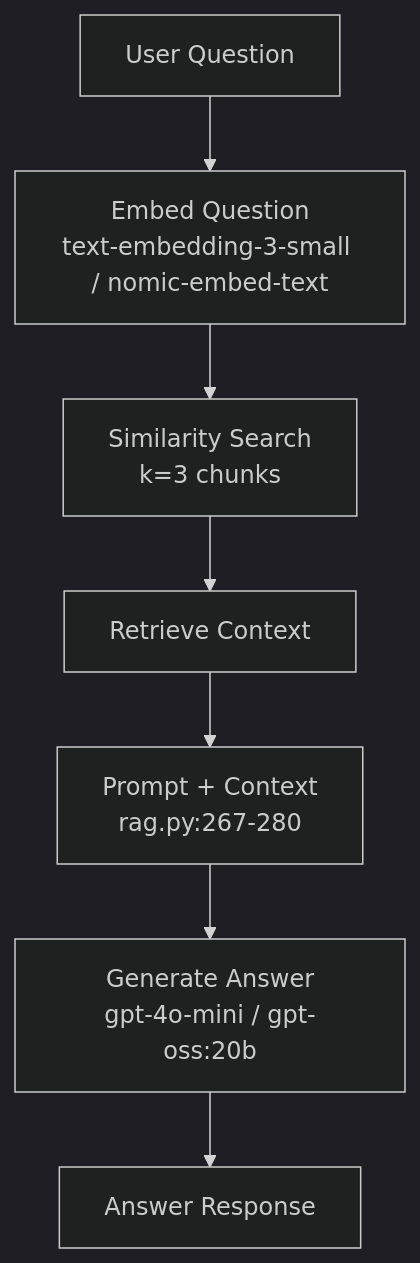
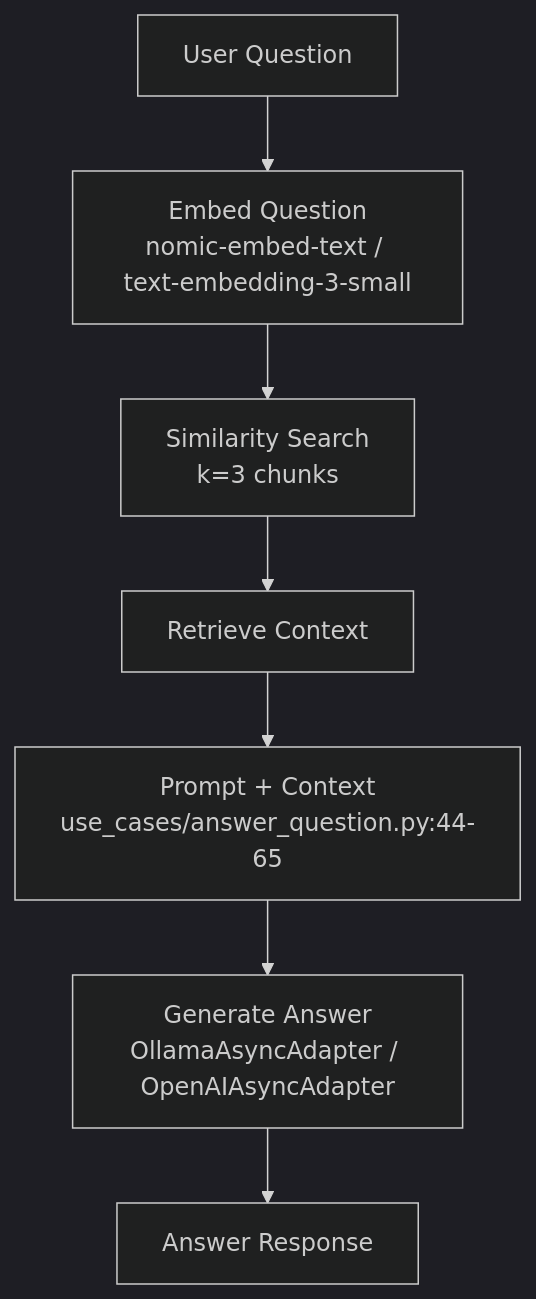
Before and after one commit to urrestarazu-alejandro/promtior-chat-assistant: the fourth of 4 diagrams in docs/ARCHITECTURE.md, drawn with Mermaid (dark theme). The commit also changed other lines of this file and 89 other files, not shown here.

First line of the commit message:
feat(rag): Implement RAG v2.1 with Clean Architecture and hallucination fixes

````diff
--- a/docs/ARCHITECTURE.md
+++ b/docs/ARCHITECTURE.md
@@ -179,9 +236,9 @@
 ```mermaid
 flowchart TD
-    Q["User Question"] --> V["Embed Question<br/>text-embedding-3-small / nomic-embed-text"]
+    Q["User Question"] --> V["Embed Question<br/>nomic-embed-text / text-embedding-3-small"]
     V --> S["Similarity Search<br/>k=3 chunks"]
     S --> C["Retrieve Context"]
-    C --> P["Prompt + Context<br/>rag.py:267-280"]
-    P --> L["Generate Answer<br/>gpt-4o-mini / gpt-oss:20b"]
+    C --> P["Prompt + Context<br/>use_cases/answer_question.py:44-65"]
+    P --> L["Generate Answer<br/>OllamaAsyncAdapter / OpenAIAsyncAdapter"]
     L --> A["Answer Response"]
 ```
````
